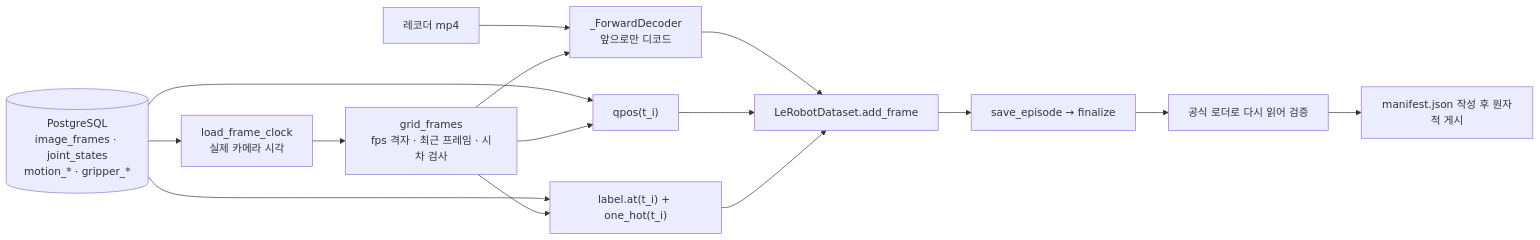
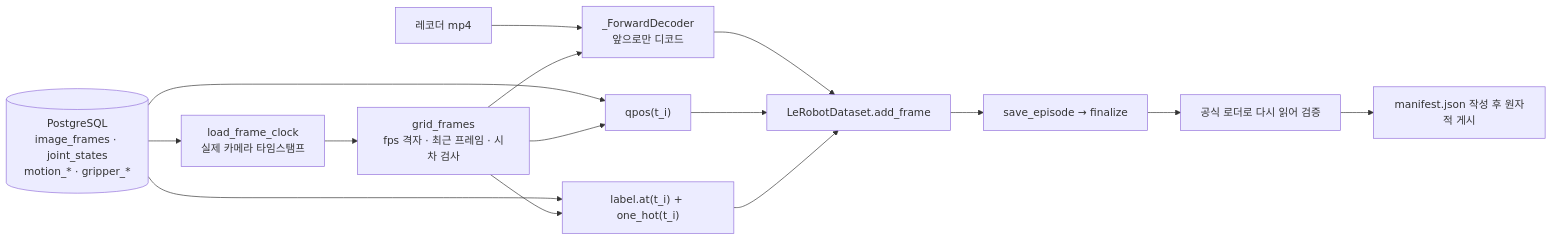
The diagram in docs/learning/LeRobot_형식_데이터셋_만들기.md (kwlee0220/rdfp_ws), drawn with Mermaid before and after one commit. The commit also changed other lines of this file and 10 other files, not shown here.

````diff
--- a/docs/learning/LeRobot_형식_데이터셋_만들기.md
+++ b/docs/learning/LeRobot_형식_데이터셋_만들기.md
@@ -182,17 +188,17 @@
 ```mermaid
 flowchart LR
-    DB[("PostgreSQL<br/>image_frames · joint_states<br/>motion_* · gripper_*")] --> FC["load_frame_clock<br/>실제 카메라 시각"]
+    DB[("PostgreSQL<br/>image_frames · joint_states<br/>motion_* · gripper_*")] --> FC["load_frame_clock<br/>실제 카메라 타임스탬프"]
     FC --> GRID["grid_frames<br/>fps 격자 · 최근 프레임 · 시차 검사"]
     MP4["레코더 mp4"] --> DEC["_ForwardDecoder<br/>앞으로만 디코드"]
     GRID --> DEC
     DB --> OBS["qpos(t_i)"]
     DB --> ACT["label.at(t_i) + one_hot(t_i)"]
     GRID --> OBS
     GRID --> ACT
     DEC --> ADD["LeRobotDataset.add_frame"]
     OBS --> ADD
     ACT --> ADD
     ADD --> SAVE["save_episode → finalize"]
     SAVE --> CHECK["공식 로더로 다시 읽어 검증"]
     CHECK --> PUB["manifest.json 작성 후 원자적 게시"]
 ```
````
